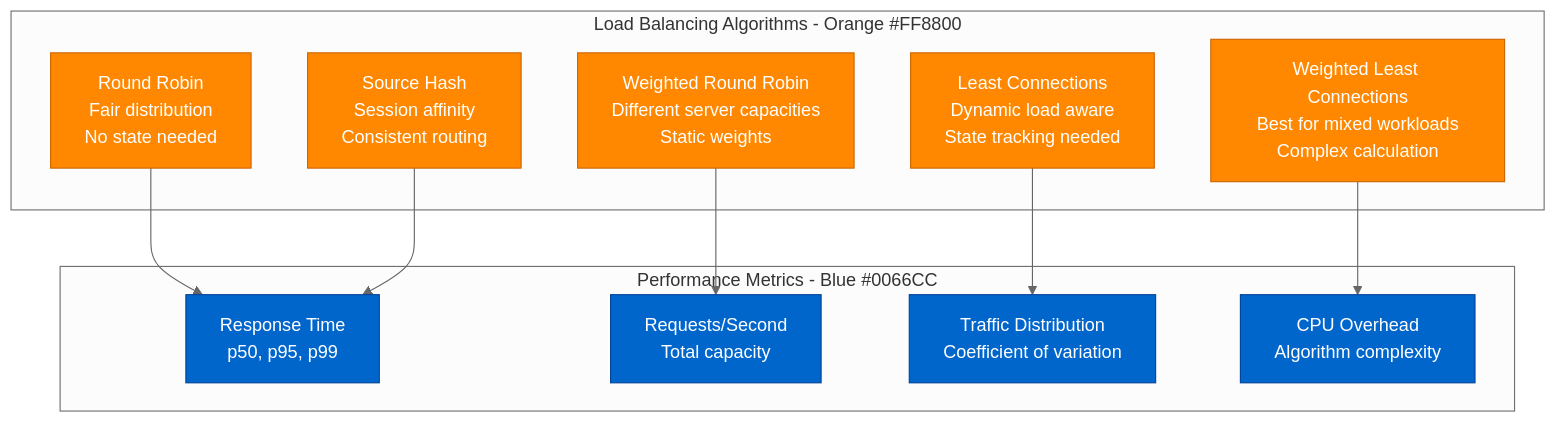
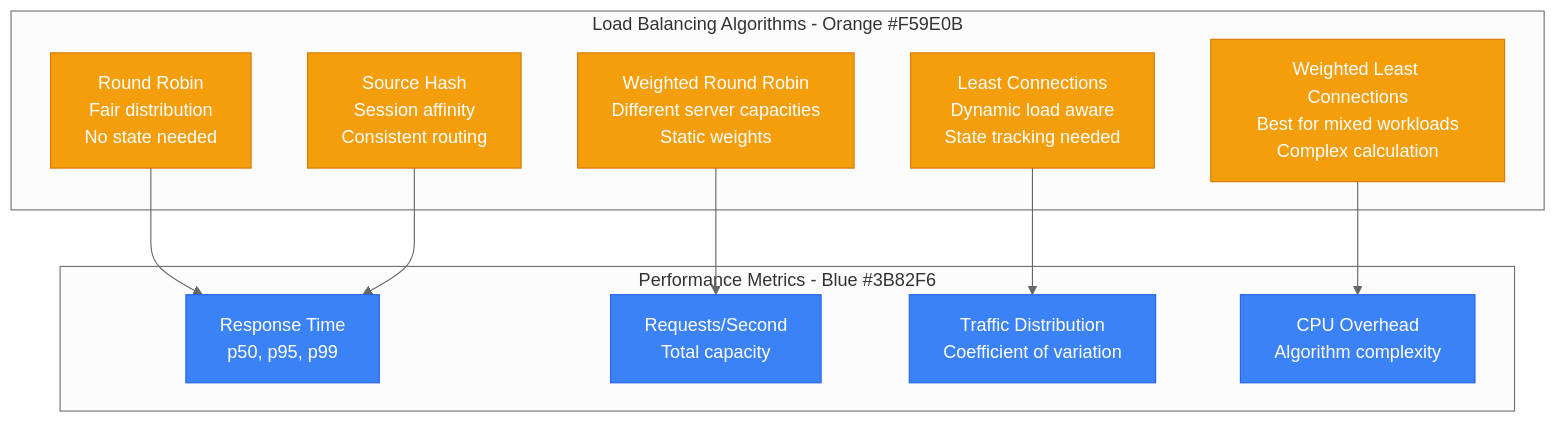
Before and after one commit to deepaucksharma/DS: the fourth of 4 diagrams in site/docs/debugging/load-balancer-debugging.md, drawn with Mermaid (neutral theme). The commit also changed other lines of this file and 187 other files, not shown here.

````diff
--- a/site/docs/debugging/load-balancer-debugging.md
+++ b/site/docs/debugging/load-balancer-debugging.md
@@ -241,29 +241,29 @@
 ```mermaid
 graph TB
-    subgraph Algorithms[Load Balancing Algorithms - Orange #FF8800]
+    subgraph Algorithms[Load Balancing Algorithms - Orange #F59E0B]
         RR[Round Robin<br/>Fair distribution<br/>No state needed]
         WRR[Weighted Round Robin<br/>Different server capacities<br/>Static weights]
         LC[Least Connections<br/>Dynamic load aware<br/>State tracking needed]
         WLC[Weighted Least Connections<br/>Best for mixed workloads<br/>Complex calculation]
         SH[Source Hash<br/>Session affinity<br/>Consistent routing]
     end
 
-    subgraph Metrics[Performance Metrics - Blue #0066CC]
+    subgraph Metrics[Performance Metrics - Blue #3B82F6]
         LATENCY[Response Time<br/>p50, p95, p99]
         THROUGHPUT[Requests/Second<br/>Total capacity]
         DISTRIBUTION[Traffic Distribution<br/>Coefficient of variation]
         OVERHEAD[CPU Overhead<br/>Algorithm complexity]
     end
 
     RR --> LATENCY
     WRR --> THROUGHPUT
     LC --> DISTRIBUTION
     WLC --> OVERHEAD
     SH --> LATENCY
 
-    classDef algoStyle fill:#FF8800,stroke:#CC6600,color:#fff
-    classDef metricStyle fill:#0066CC,stroke:#004499,color:#fff
+    classDef algoStyle fill:#F59E0B,stroke:#D97706,color:#fff
+    classDef metricStyle fill:#3B82F6,stroke:#2563EB,color:#fff
 
     class RR,WRR,LC,WLC,SH algoStyle
     class LATENCY,THROUGHPUT,DISTRIBUTION,OVERHEAD metricStyle
 ```
````
